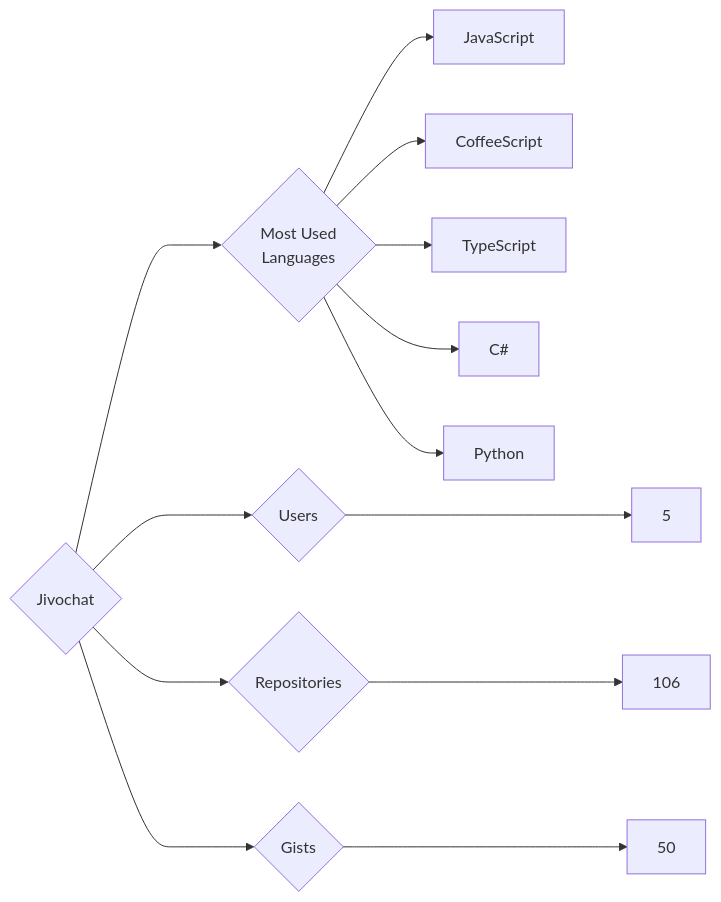
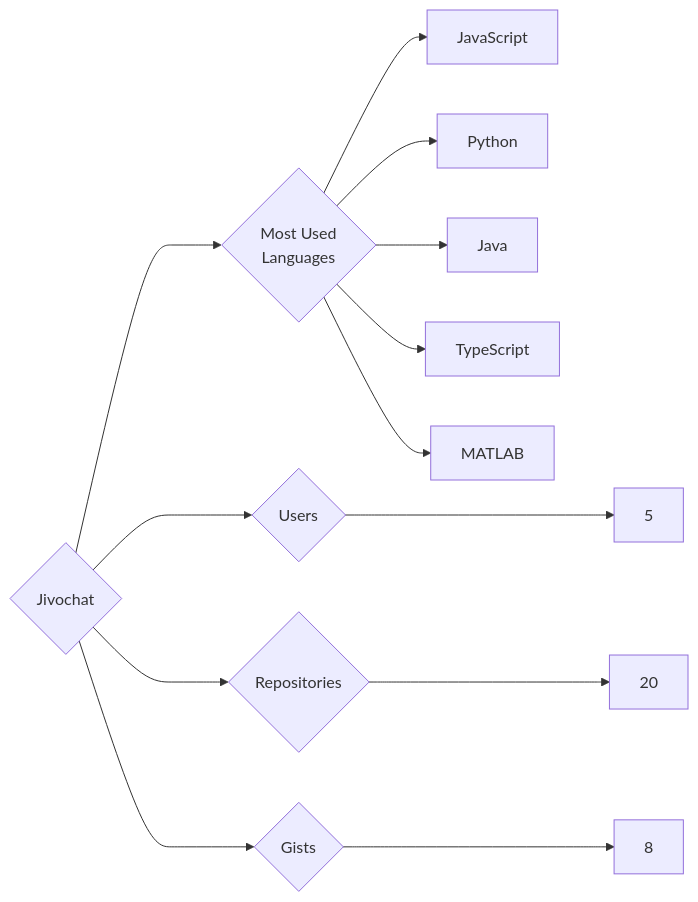
Before and after one commit to trickest/insiders: the diagram in targets/Jivochat/README.md, drawn with Mermaid. The commit also changed 1389 other files, not shown here.

````diff
--- a/targets/Jivochat/README.md
+++ b/targets/Jivochat/README.md
@@ -3,13 +3,13 @@
 ```mermaid
 graph LR
 COMPANY_NAME{Jivochat}
 COMPANY_NAME ---> U{Users} ---> UN[5]
-COMPANY_NAME ---> R{Repositories} ---> RN[106]
-COMPANY_NAME ---> G{Gists} ---> GN[50]
+COMPANY_NAME ---> R{Repositories} ---> RN[20]
+COMPANY_NAME ---> G{Gists} ---> GN[8]
 COMPANY_NAME ---> ML{Most Used<br>Languages}
 ML --> JavaScript[JavaScript]
-ML --> CoffeeScript[CoffeeScript]
+ML --> Python[Python]
+ML --> Java[Java]
 ML --> TypeScript[TypeScript]
-ML --> C#[C#]
-ML --> Python[Python]
+ML --> MATLAB[MATLAB]
 ```
````
